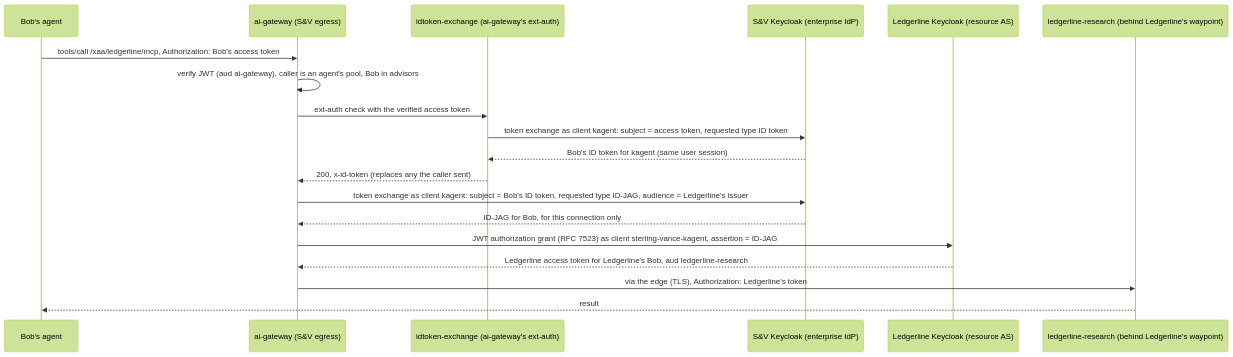
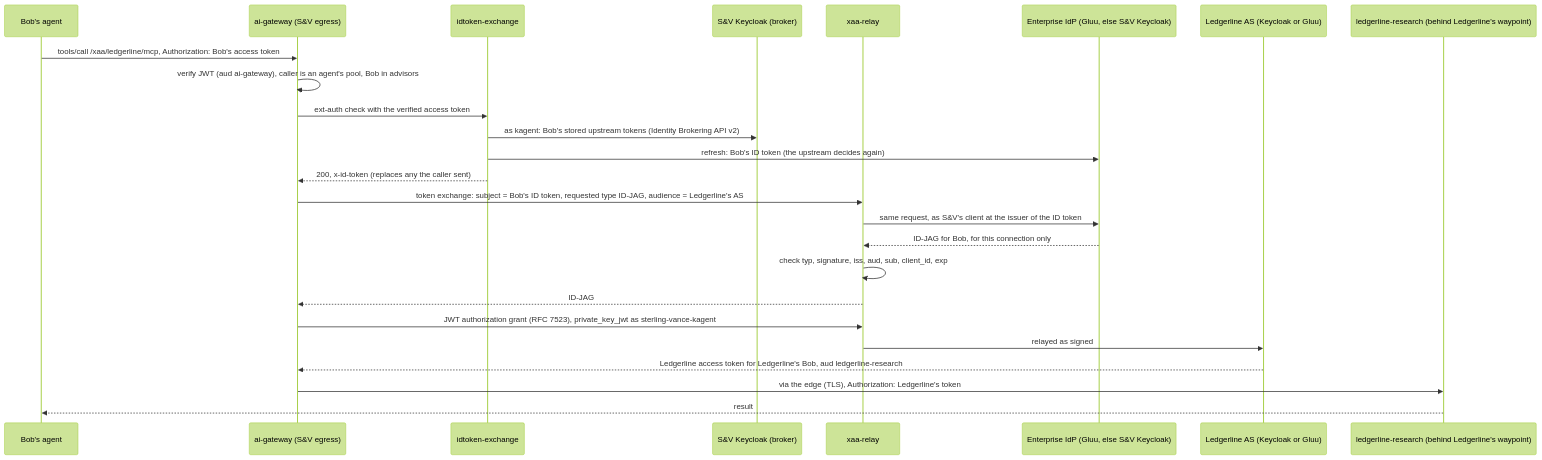
The second of 3 diagrams in docs/IDENTITY-FLOWS.md (nickgamb/solo-lab), drawn with Mermaid (forest theme) before and after one commit. The commit also changed other lines of this file and 7 other files, not shown here.

First line of the commit message:
docs: Gluu as enterprise IdP and resource AS

````diff
--- a/docs/IDENTITY-FLOWS.md
+++ b/docs/IDENTITY-FLOWS.md
@@ -124,21 +138,27 @@
 ```mermaid
 sequenceDiagram
   participant A as Bob's agent
   participant G as ai-gateway (S&V egress)
-  participant X as idtoken-exchange (ai-gateway's ext-auth)
-  participant K as S&V Keycloak (enterprise IdP)
-  participant L as Ledgerline Keycloak (resource AS)
-  participant R as ledgerline-research (behind Ledgerline's waypoint)
+  participant X as idtoken-exchange
+  participant K as S&V Keycloak (broker)
+  participant R as xaa-relay
+  participant E as Enterprise IdP (Gluu, else S&V Keycloak)
+  participant L as Ledgerline AS (Keycloak or Gluu)
+  participant M as ledgerline-research (behind Ledgerline's waypoint)
   A->>G: tools/call /xaa/ledgerline/mcp, Authorization: Bob's access token
   G->>G: verify JWT (aud ai-gateway), caller is an agent's pool, Bob in advisors
   G->>X: ext-auth check with the verified access token
-  X->>K: token exchange as client kagent: subject = access token, requested type ID token
-  K-->>X: Bob's ID token for kagent (same user session)
+  X->>K: as kagent: Bob's stored upstream tokens (Identity Brokering API v2)
+  X->>E: refresh: Bob's ID token (the upstream decides again)
   X-->>G: 200, x-id-token (replaces any the caller sent)
-  G->>K: token exchange as client kagent: subject = Bob's ID token, requested type ID-JAG, audience = Ledgerline's issuer
-  K-->>G: ID-JAG for Bob, for this connection only
-  G->>L: JWT authorization grant (RFC 7523) as client sterling-vance-kagent, assertion = ID-JAG
+  G->>R: token exchange: subject = Bob's ID token, requested type ID-JAG, audience = Ledgerline's AS
+  R->>E: same request, as S&V's client at the issuer of the ID token
+  E-->>R: ID-JAG for Bob, for this connection only
+  R->>R: check typ, signature, iss, aud, sub, client_id, exp
+  R-->>G: ID-JAG
+  G->>R: JWT authorization grant (RFC 7523), private_key_jwt as sterling-vance-kagent
+  R->>L: relayed as signed
   L-->>G: Ledgerline access token for Ledgerline's Bob, aud ledgerline-research
-  G->>R: via the edge (TLS), Authorization: Ledgerline's token
-  R-->>A: result
+  G->>M: via the edge (TLS), Authorization: Ledgerline's token
+  M-->>A: result
 ```
````
